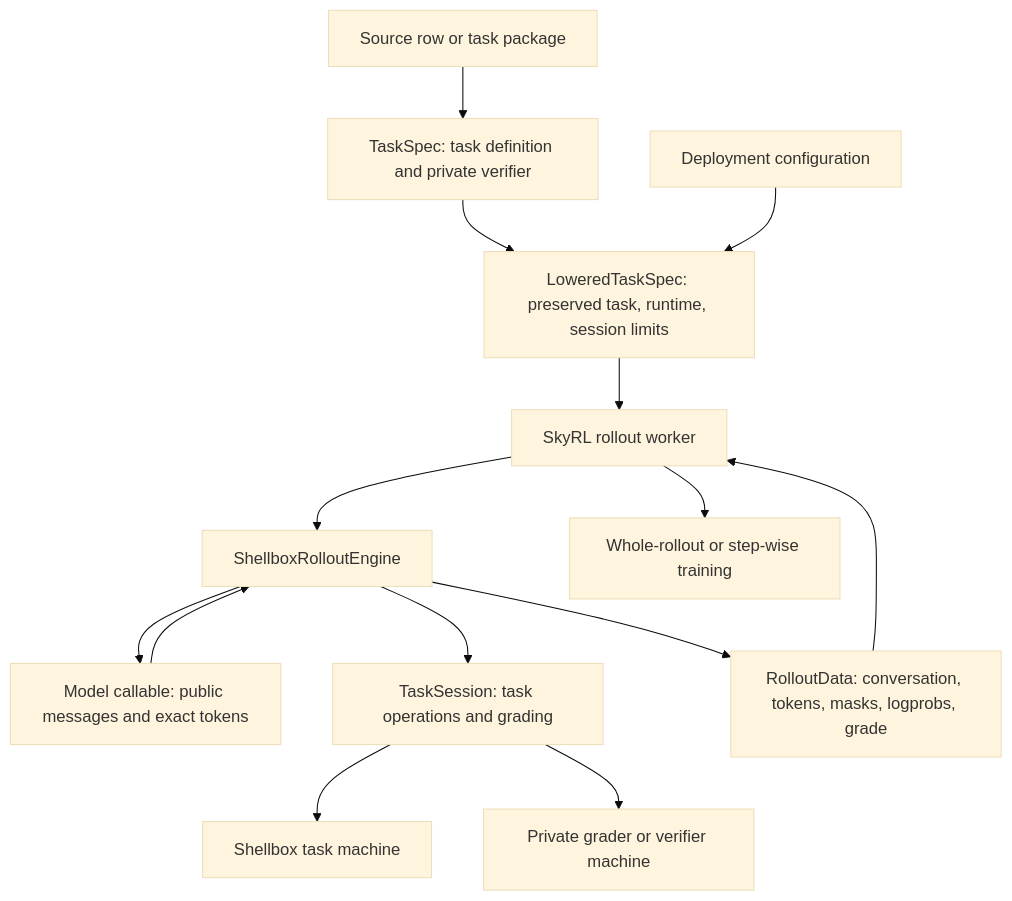
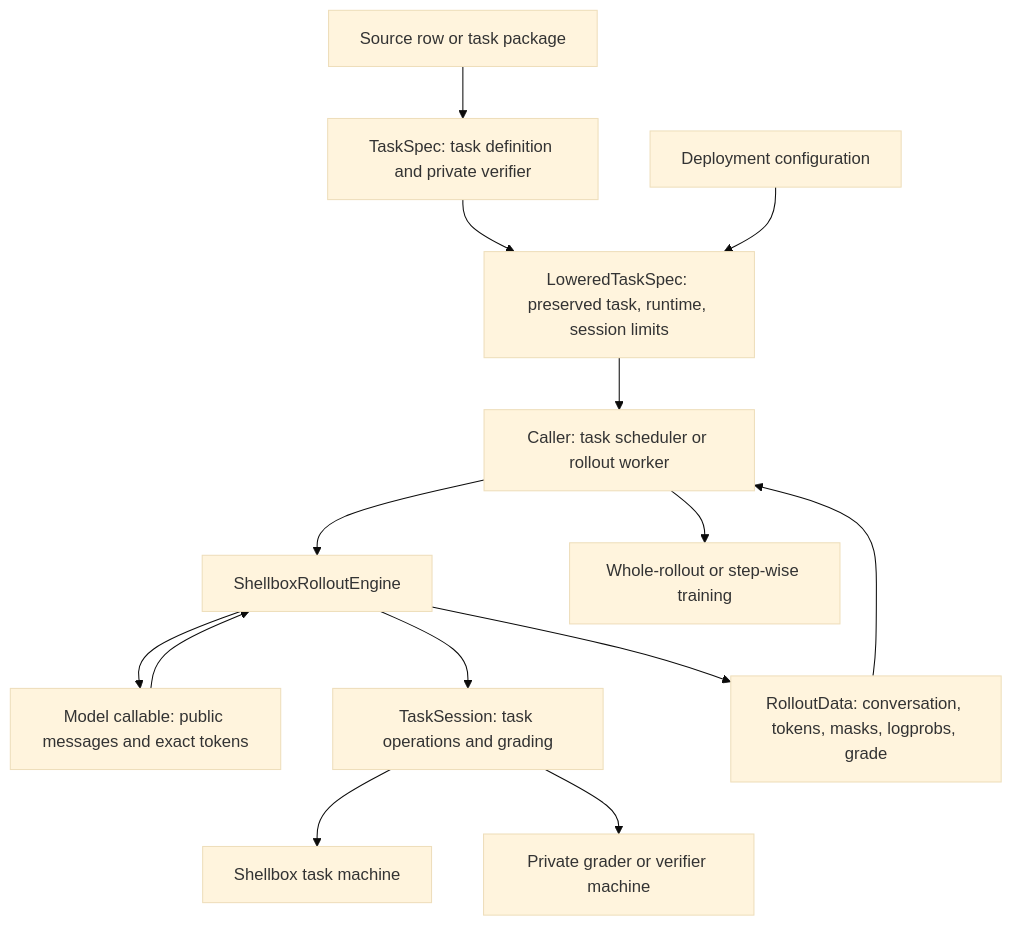
Before and after one commit to marin-community/marin: the diagram in docs/references/task-rollouts.md, drawn with Mermaid (base theme). The commit also changed other lines of this file and 14 other files, not shown here.

First line of the commit message:
Separate the shared rollout engine from SkyRL runtime activation

````diff
--- a/docs/references/task-rollouts.md
+++ b/docs/references/task-rollouts.md
@@ -7,16 +9,16 @@
 ```mermaid
 flowchart TD
     Source[Source row or task package] --> Task[TaskSpec: task definition and private verifier]
     Task --> Lower[LoweredTaskSpec: preserved task, runtime, session limits]
     Config[Deployment configuration] --> Lower
-    Lower --> Worker[SkyRL rollout worker]
+    Lower --> Worker[Caller: task scheduler or rollout worker]
     Worker --> Engine[ShellboxRolloutEngine]
     Engine --> Model[Model callable: public messages and exact tokens]
     Model --> Engine
     Engine --> Session[TaskSession: task operations and grading]
     Session --> Machine[Shellbox task machine]
     Session --> Grader[Private grader or verifier machine]
     Engine --> Record[RolloutData: conversation, tokens, masks, logprobs, grade]
     Record --> Worker
     Worker --> Train[Whole-rollout or step-wise training]
 ```
````
